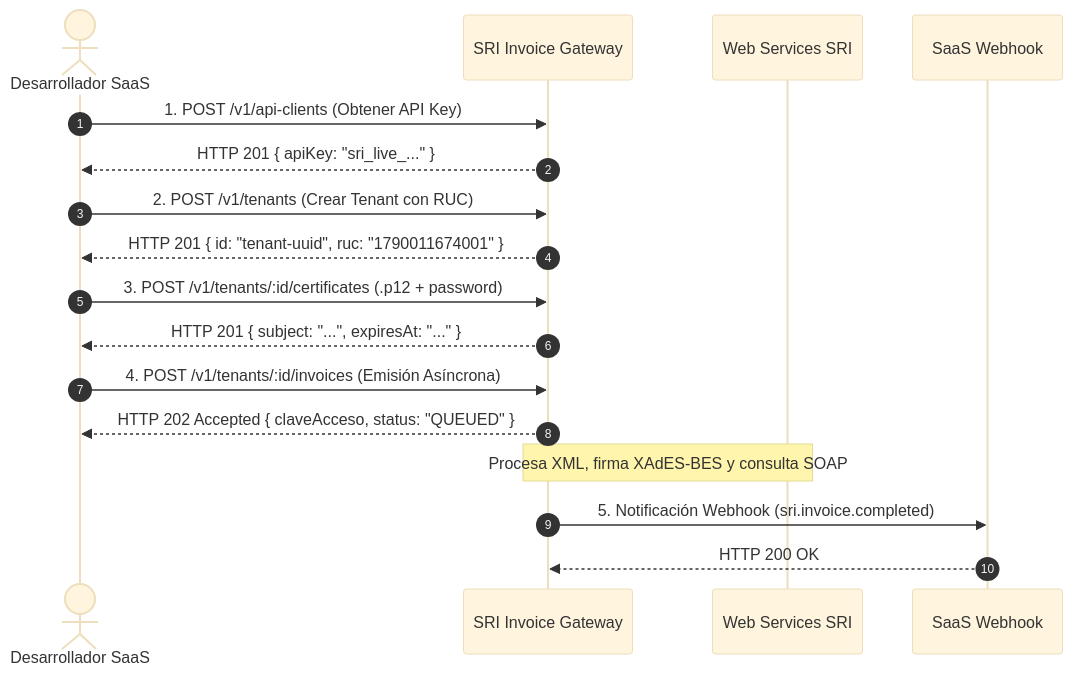
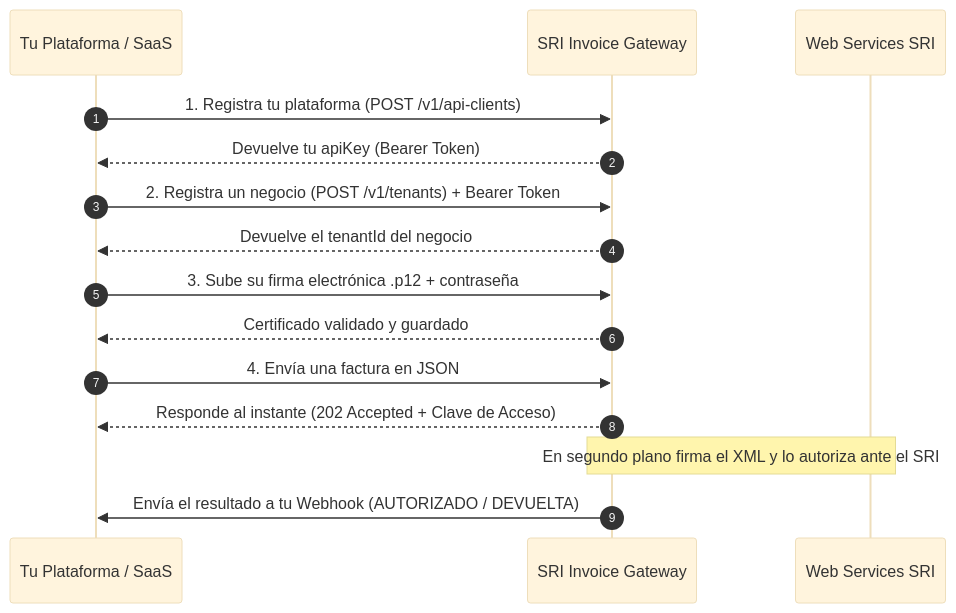
Before and after one commit to jeec98/sri-invoice-gateway: the diagram in docs/guide/quickstart.md, drawn with Mermaid (base theme). The commit also changed other lines of this file and 7 other files, not shown here.

Commit message:
docs: update architecture and endpoint documentation files

````diff
--- a/docs/guide/quickstart.md
+++ b/docs/guide/quickstart.md
@@ -9,24 +5,22 @@
 ```mermaid
 sequenceDiagram
     autonumber
-    actor Dev as Desarrollador SaaS
+    participant TuSaaS as Tu Plataforma / SaaS
     participant API as SRI Invoice Gateway
     participant SRI as Web Services SRI
-    participant Webhook as SaaS Webhook
 
-    Dev->>API: 1. POST /v1/api-clients (Obtener API Key)
-    API-->>Dev: HTTP 201 { apiKey: "sri_live_..." }
+    TuSaaS->>API: 1. Registra tu plataforma (POST /v1/api-clients)
+    API-->>TuSaaS: Devuelve tu apiKey (Bearer Token)
 
-    Dev->>API: 2. POST /v1/tenants (Crear Tenant con RUC)
-    API-->>Dev: HTTP 201 { id: "tenant-uuid", ruc: "1790011674001" }
+    TuSaaS->>API: 2. Registra un negocio (POST /v1/tenants) + Bearer Token
+    API-->>TuSaaS: Devuelve el tenantId del negocio
 
-    Dev->>API: 3. POST /v1/tenants/:id/certificates (.p12 + password)
-    API-->>Dev: HTTP 201 { subject: "...", expiresAt: "..." }
+    TuSaaS->>API: 3. Sube su firma electrónica .p12 + contraseña
+    API-->>TuSaaS: Certificado validado y guardado
 
-    Dev->>API: 4. POST /v1/tenants/:id/invoices (Emisión Asíncrona)
-    API-->>Dev: HTTP 202 Accepted { claveAcceso, status: "QUEUED" }
+    TuSaaS->>API: 4. Envía una factura en JSON
+    API-->>TuSaaS: Responde al instante (202 Accepted + Clave de Acceso)
 
-    Note over API,SRI: Procesa XML, firma XAdES-BES y consulta SOAP
-    API->>Webhook: 5. Notificación Webhook (sri.invoice.completed)
-    Webhook-->>API: HTTP 200 OK
+    Note over API,SRI: En segundo plano firma el XML y lo autoriza ante el SRI
+    API->>TuSaaS: Envía el resultado a tu Webhook (AUTORIZADO / DEVUELTA)
 ```
````
